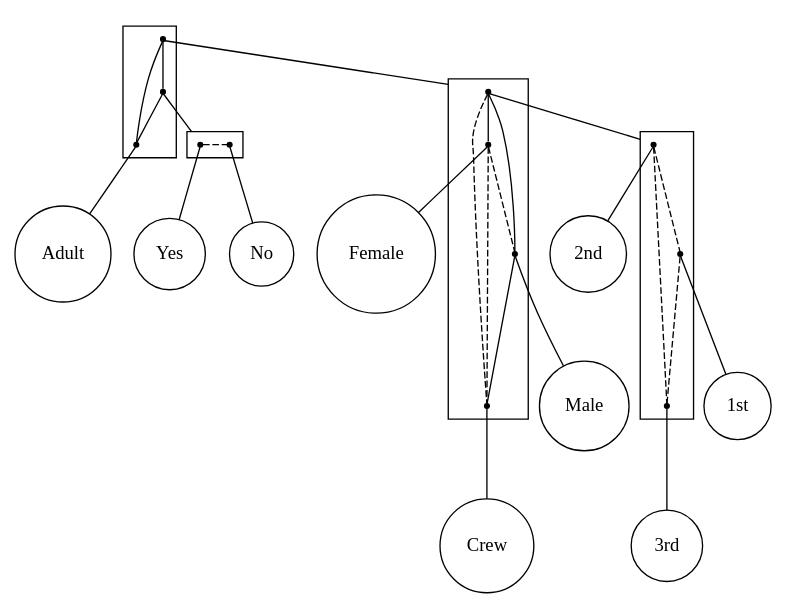
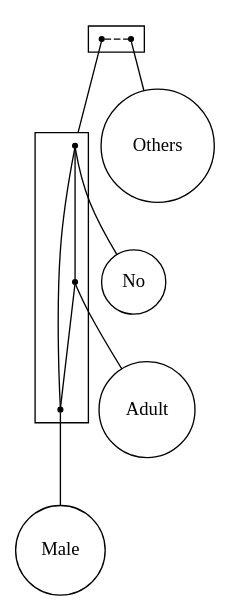
Before and after one commit to lrodrin/TFG: the diagram in src/extension/plain_2-structure_with_threshold.dot, drawn with Graphviz. The commit also changed 4 other files, not shown here.

```diff
--- a/src/extension/plain_2-structure_with_threshold.dot
+++ b/src/extension/plain_2-structure_with_threshold.dot
@@ -1,58 +1,29 @@
 strict digraph "plain_2-structure_with_threshold" {
 compound=true;
 fontname=Verdana;
 fontsize=12;
 newrank=true;
 node [shape=circle];
+Others;
+No;
 Adult;
-Female;
 Male;
-Crew;
-"2nd";
-"1st";
-"3rd";
-Yes;
-No;
-subgraph cluster_2ndCrewMale3rdNo1stAdultYesFemale {
+subgraph cluster_MaleNoAdultOthers {
+rank=same;
 node [shape=point];
-s_2nd1stCrewMaleFemale3rd -> s_YesNo  [arrowhead=none, color=black, style=solid];
-s_2nd1stCrewMaleFemale3rd -> s_Adult  [arrowhead=none, color=black, style=solid];
-s_YesNo -> s_Adult  [arrowhead=none, color=black, style=solid];
+s_MaleNoAdult -> s_Others  [arrowhead=none, color=black, style=dashed];
 }
 
-subgraph cluster_2nd1stCrewMaleFemale3rd {
+subgraph cluster_MaleNoAdult {
 node [shape=point];
-s_1st2nd3rd -> s_Female  [arrowhead=none, color=black, style=solid];
-s_1st2nd3rd -> s_Male  [arrowhead=none, color=black, style=solid];
-s_1st2nd3rd -> s_Crew  [arrowhead=none, color=black, style=dashed];
-s_Female -> s_Male  [arrowhead=none, color=black, style=dashed];
-s_Female -> s_Crew  [arrowhead=none, color=black, style=dashed];
-s_Male -> s_Crew  [arrowhead=none, color=black, style=solid];
+s_No -> s_Adult  [arrowhead=none, color=black, style=solid];
+s_No -> s_Male  [arrowhead=none, color=black, style=solid];
+s_Adult -> s_Male  [arrowhead=none, color=black, style=solid];
 }
 
-subgraph cluster_1st2nd3rd {
-node [shape=point];
-s_2nd -> s_1st  [arrowhead=none, color=black, style=dashed];
-s_2nd -> s_3rd  [arrowhead=none, color=black, style=dashed];
-s_1st -> s_3rd  [arrowhead=none, color=black, style=dashed];
+s_MaleNoAdult -> s_No  [arrowhead=none, lhead=cluster_MaleNoAdult];
+s_Others -> Others  [arrowhead=none];
+s_No -> No  [arrowhead=none];
+s_Adult -> Adult  [arrowhead=none];
+s_Male -> Male  [arrowhead=none];
 }
-
-subgraph cluster_YesNo {
-rank=same;
-node [shape=point];
-s_Yes -> s_No  [arrowhead=none, color=black, style=dashed];
-}
-
-s_2nd1stCrewMaleFemale3rd -> s_1st2nd3rd  [arrowhead=none, lhead=cluster_2nd1stCrewMaleFemale3rd];
-s_YesNo -> s_Yes  [arrowhead=none, lhead=cluster_YesNo];
-s_Adult -> Adult  [arrowhead=none];
-s_1st2nd3rd -> s_2nd  [arrowhead=none, lhead=cluster_1st2nd3rd];
-s_Female -> Female  [arrowhead=none];
-s_Male -> Male  [arrowhead=none];
-s_Crew -> Crew  [arrowhead=none];
-s_2nd -> "2nd"  [arrowhead=none];
-s_1st -> "1st"  [arrowhead=none];
-s_3rd -> "3rd"  [arrowhead=none];
-s_Yes -> Yes  [arrowhead=none];
-s_No -> No  [arrowhead=none];
-}
```
